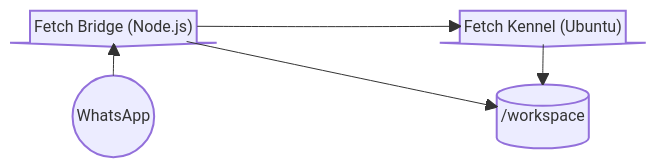
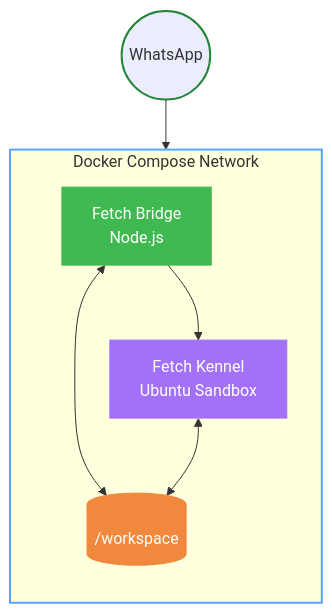
One commit to Traves-Theberge/Fetch changed the first of 3 diagrams in docs/markdown/ARCHITECTURE.md. Above: the diagram before and after it, drawn with Mermaid. The commit also changed other lines of this file and 67 other files, not shown here.

````diff
--- a/docs/markdown/ARCHITECTURE.md
+++ b/docs/markdown/ARCHITECTURE.md
@@ -5,22 +5,26 @@
 ```mermaid
-block-beta
-    columns 3
-    
-    bridge<["Fetch Bridge (Node.js)"]>(down)
-    space
-    kennel<["Fetch Kennel (Ubuntu)"]>(down)
+flowchart TB
+    WhatsApp((WhatsApp)) --> Bridge[Fetch Bridge<br/>Node.js]
+    Bridge --> Kennel[Fetch Kennel<br/>Ubuntu Sandbox]
+    Bridge <--> Workspace[("/workspace")]
+    Kennel <--> Workspace
 
-    whatsapp(("WhatsApp"))
-    space
-    workspace[("/workspace")]
+    subgraph Docker [Docker Compose Network]
+        direction TB
+        Bridge
+        Kennel
+        Workspace
+    end
 
-    whatsapp --> bridge
-    bridge --> kennel
-    bridge --> workspace
-    kennel --> workspace
+    classDef bridge fill:#3fb950,stroke:#3fb950,color:#fff
+    classDef kennel fill:#a371f7,stroke:#a371f7,color:#fff
+    classDef workspace fill:#f0883e,stroke:#f0883e,color:#fff
+    classDef docker stroke:#58a6ff,stroke-width:2px
+    classDef whatsapp stroke:#238636,stroke-width:2px
 
-    classDef node fill:#ececff,stroke:#9370db,stroke-width:2px;
-    class bridge,kennel node;
-    classDef ext fill:#f9f9f9,stroke:#666,stroke-width:2px;
-    class whatsapp,workspace ext;
+    class Bridge bridge
+    class Kennel kennel
+    class Workspace workspace
+    class Docker docker
+    class WhatsApp whatsapp
 ```
````
